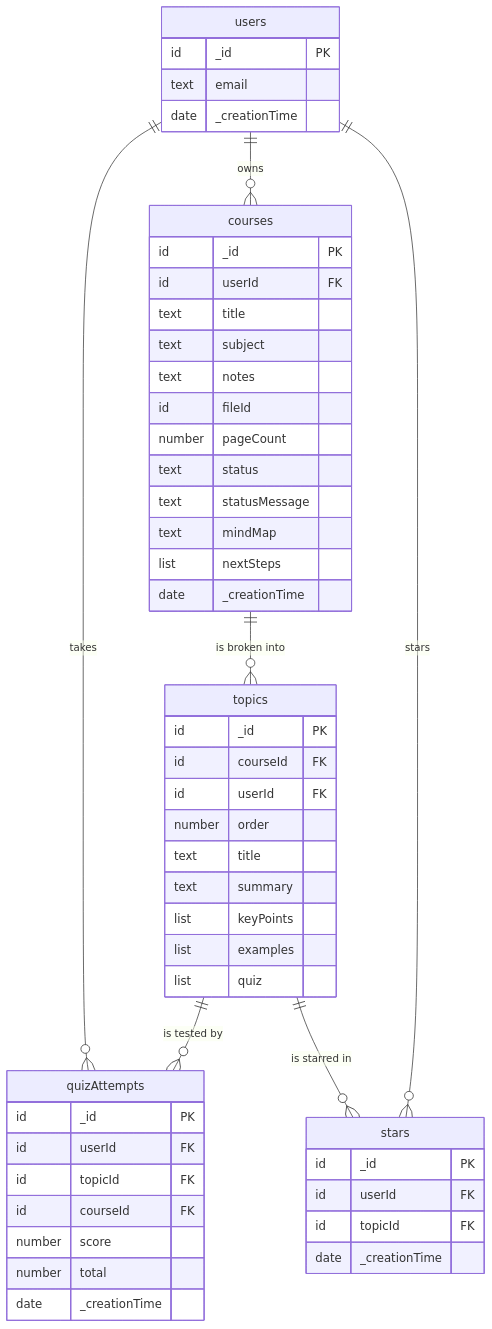
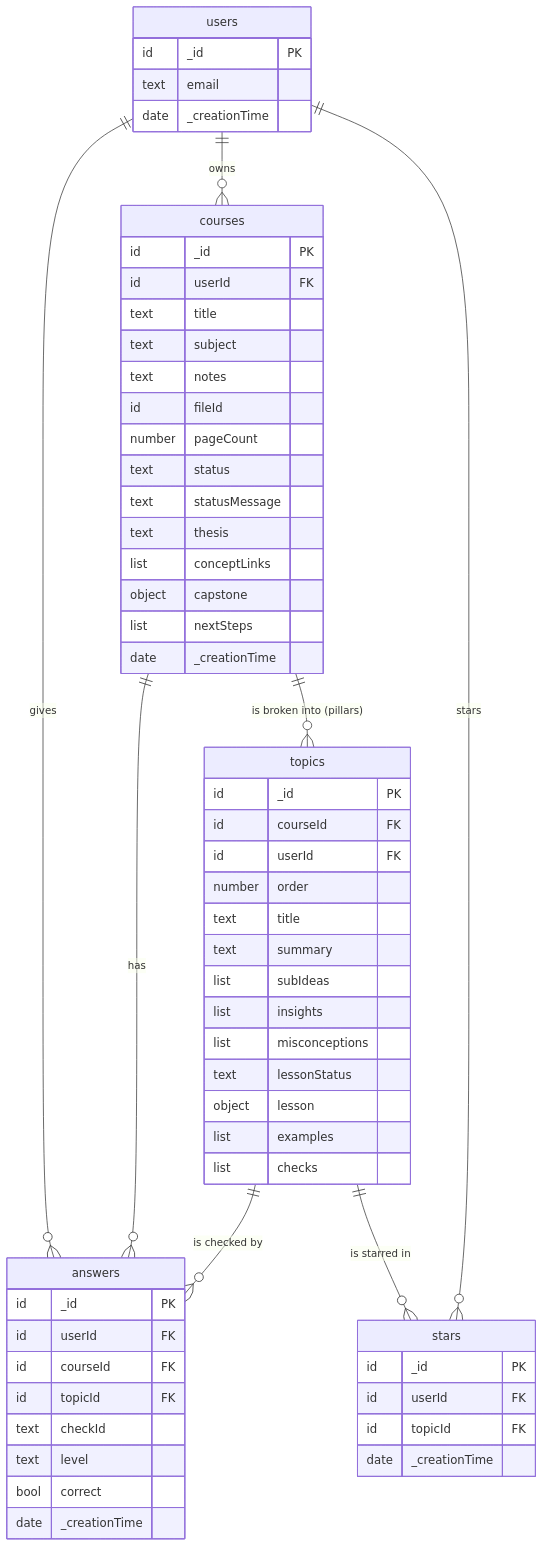
One commit to Hemanth2423/Learning-retention changed the diagram in schema.md. Above: the diagram before and after it, drawn with Mermaid. The commit also changed other lines of this file and 2 other files, not shown here.

Commit message:
Update schema.md and README for the concept model and adaptive checks

````diff
--- a/schema.md
+++ b/schema.md
@@ -7,45 +7,53 @@
 ```mermaid
 erDiagram
   users ||--o{ courses : "owns"
-  courses ||--o{ topics : "is broken into"
-  topics ||--o{ quizAttempts : "is tested by"
-  users ||--o{ quizAttempts : "takes"
+  courses ||--o{ topics : "is broken into (pillars)"
+  topics ||--o{ answers : "is checked by"
+  courses ||--o{ answers : "has"
+  users ||--o{ answers : "gives"
   users ||--o{ stars : "stars"
   topics ||--o{ stars : "is starred in"
 
   users { id _id PK
     text email
     date _creationTime }
   courses { id _id PK
     id userId FK
     text title
     text subject
     text notes
     id fileId
     number pageCount
     text status
     text statusMessage
-    text mindMap
+    text thesis
+    list conceptLinks
+    object capstone
     list nextSteps
     date _creationTime }
   topics { id _id PK
     id courseId FK
     id userId FK
     number order
     text title
     text summary
-    list keyPoints
+    list subIdeas
+    list insights
+    list misconceptions
+    text lessonStatus
+    object lesson
     list examples
-    list quiz }
-  quizAttempts { id _id PK
+    list checks }
+  answers { id _id PK
     id userId FK
+    id courseId FK
     id topicId FK
-    id courseId FK
-    number score
-    number total
+    text checkId
+    text level
+    bool correct
     date _creationTime }
   stars { id _id PK
     id userId FK
     id topicId FK
     date _creationTime }
 ```
````
